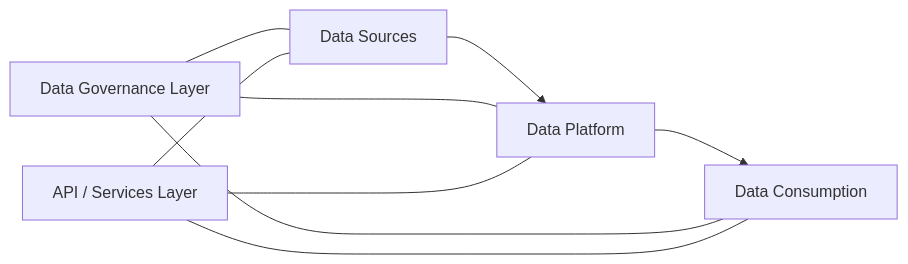
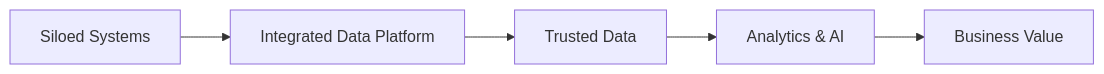
One commit to hovhannisyan91/ashb changed the first of 4 diagrams in index.qmd. Above: the diagram before and after it, drawn with Mermaid. The commit also changed other lines of this file and 3 other files, not shown here.

````diff
--- a/index.qmd
+++ b/index.qmd
@@ -76,14 +139,7 @@
 ```{mermaid}
 flowchart LR
-
-A[Data Sources] --> B[Data Platform]
-B --> C[Data Consumption]
-
-D[Data Governance Layer] --- A
-D --- B
-D --- C
-
-E[API / Services Layer] --- A
-E --- B
-E --- C
+    A[Siloed Systems] --> B[Integrated Data Platform]
+    B --> C[Trusted Data]
+    C --> D[Analytics & AI]
+    D --> E[Business Value]
 ```
````
